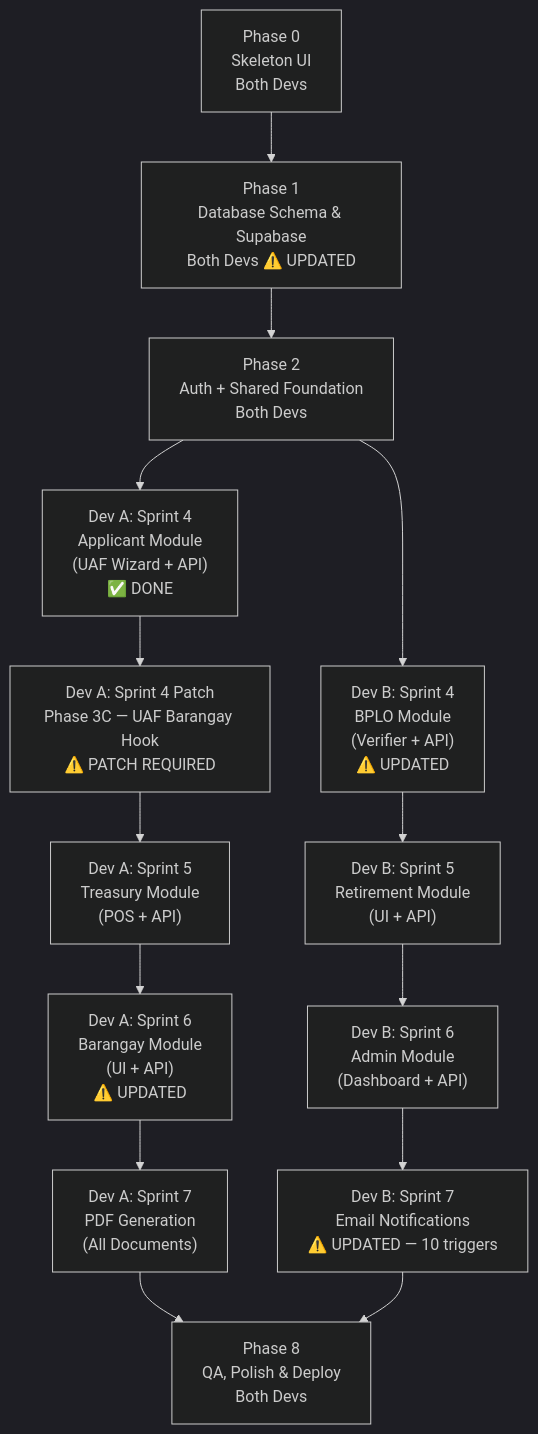
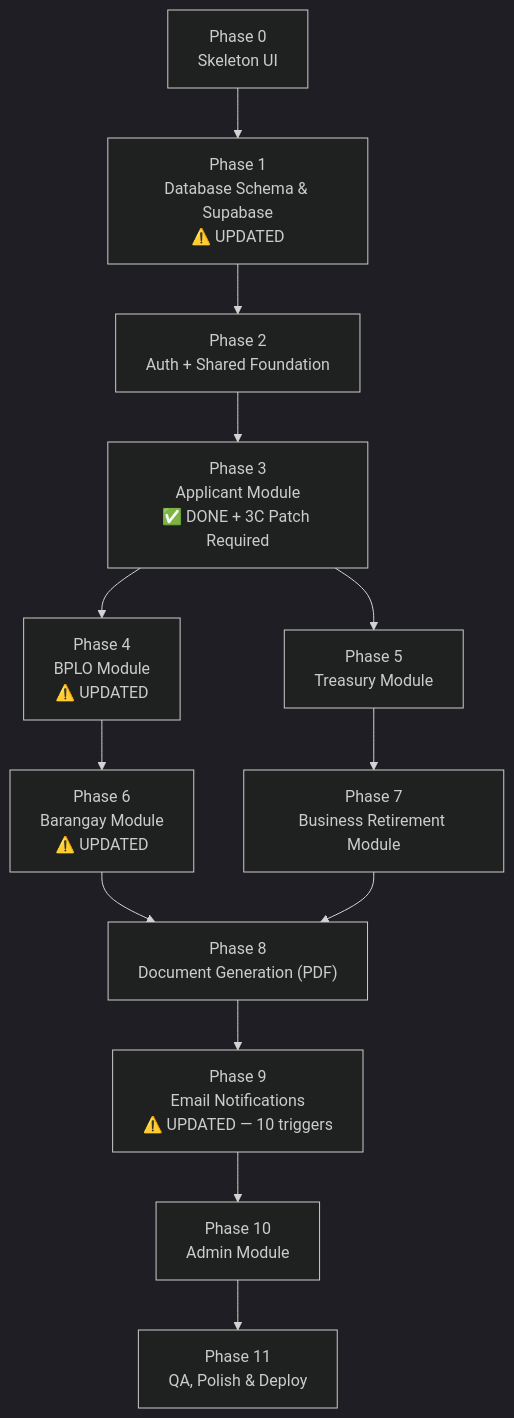
The diagram in system-planning/eBPLS_Implementation_Plan.md (albuerocedrick/ebpls), drawn with Mermaid (dark theme) before and after one commit. The commit also changed other lines of this file, not shown here.

````diff
--- a/system-planning/eBPLS_Implementation_Plan.md
+++ b/system-planning/eBPLS_Implementation_Plan.md
@@ -43,36 +40,28 @@
 ```mermaid
 graph TD
-    P0["Phase 0<br/>Skeleton UI<br/>Both Devs"]
-    P1["Phase 1<br/>Database Schema & Supabase<br/>Both Devs ⚠️ UPDATED"]
-    P2["Phase 2<br/>Auth + Shared Foundation<br/>Both Devs"]
-
-    PA3["Dev A: Sprint 4<br/>Applicant Module<br/>(UAF Wizard + API)<br/>✅ DONE"]
-    P3C["Dev A: Sprint 4 Patch<br/>Phase 3C — UAF Barangay Hook<br/>⚠️ PATCH REQUIRED"]
-
-    PB3["Dev B: Sprint 4<br/>BPLO Module<br/>(Verifier + API)<br/>⚠️ UPDATED"]
-
-    PA4["Dev A: Sprint 5<br/>Treasury Module<br/>(POS + API)"]
-    PB4["Dev B: Sprint 5<br/>Retirement Module<br/>(UI + API)"]
-
-    PA5["Dev A: Sprint 6<br/>Barangay Module<br/>(UI + API)<br/>⚠️ UPDATED"]
-    PB5["Dev B: Sprint 6<br/>Admin Module<br/>(Dashboard + API)"]
-
-    PA6["Dev A: Sprint 7<br/>PDF Generation<br/>(All Documents)"]
-    PB6["Dev B: Sprint 7<br/>Email Notifications<br/>⚠️ UPDATED — 10 triggers"]
-
-    P7["Phase 8<br/>QA, Polish & Deploy<br/>Both Devs"]
+    P0["Phase 0<br/>Skeleton UI"]
+    P1["Phase 1<br/>Database Schema & Supabase<br/>⚠️ UPDATED"]
+    P2["Phase 2<br/>Auth + Shared Foundation"]
+    P3["Phase 3<br/>Applicant Module<br/>✅ DONE + 3C Patch Required"]
+    P4["Phase 4<br/>BPLO Module<br/>⚠️ UPDATED"]
+    P5["Phase 5<br/>Treasury Module"]
+    P6["Phase 6<br/>Barangay Module<br/>⚠️ UPDATED"]
+    P7["Phase 7<br/>Business Retirement Module"]
+    P8["Phase 8<br/>Document Generation (PDF)"]
+    P9["Phase 9<br/>Email Notifications<br/>⚠️ UPDATED — 10 triggers"]
+    P10["Phase 10<br/>Admin Module"]
+    P11["Phase 11<br/>QA, Polish & Deploy"]
 
     P0 --> P1
     P1 --> P2
-    P2 --> PA3
-    PA3 --> P3C
-    P2 --> PB3
-    P3C --> PA4
-    PB3 --> PB4
-    PA4 --> PA5
-    PB4 --> PB5
-    PA5 --> PA6
-    PB5 --> PB6
-    PA6 --> P7
-    PB6 --> P7
+    P2 --> P3
+    P3 --> P4
+    P3 --> P5
+    P4 --> P6
+    P5 --> P7
+    P6 --> P8
+    P7 --> P8
+    P8 --> P9
+    P9 --> P10
+    P10 --> P11
 ```
````
